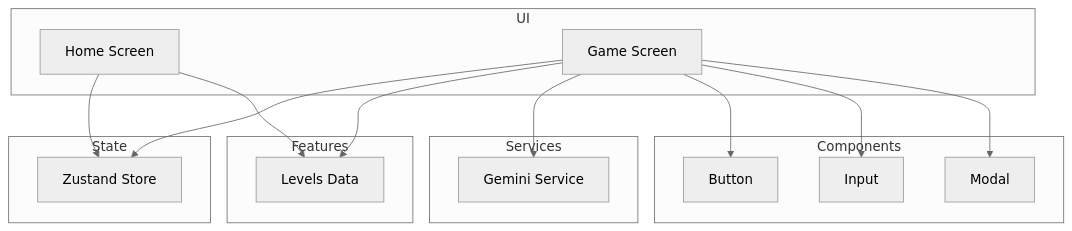
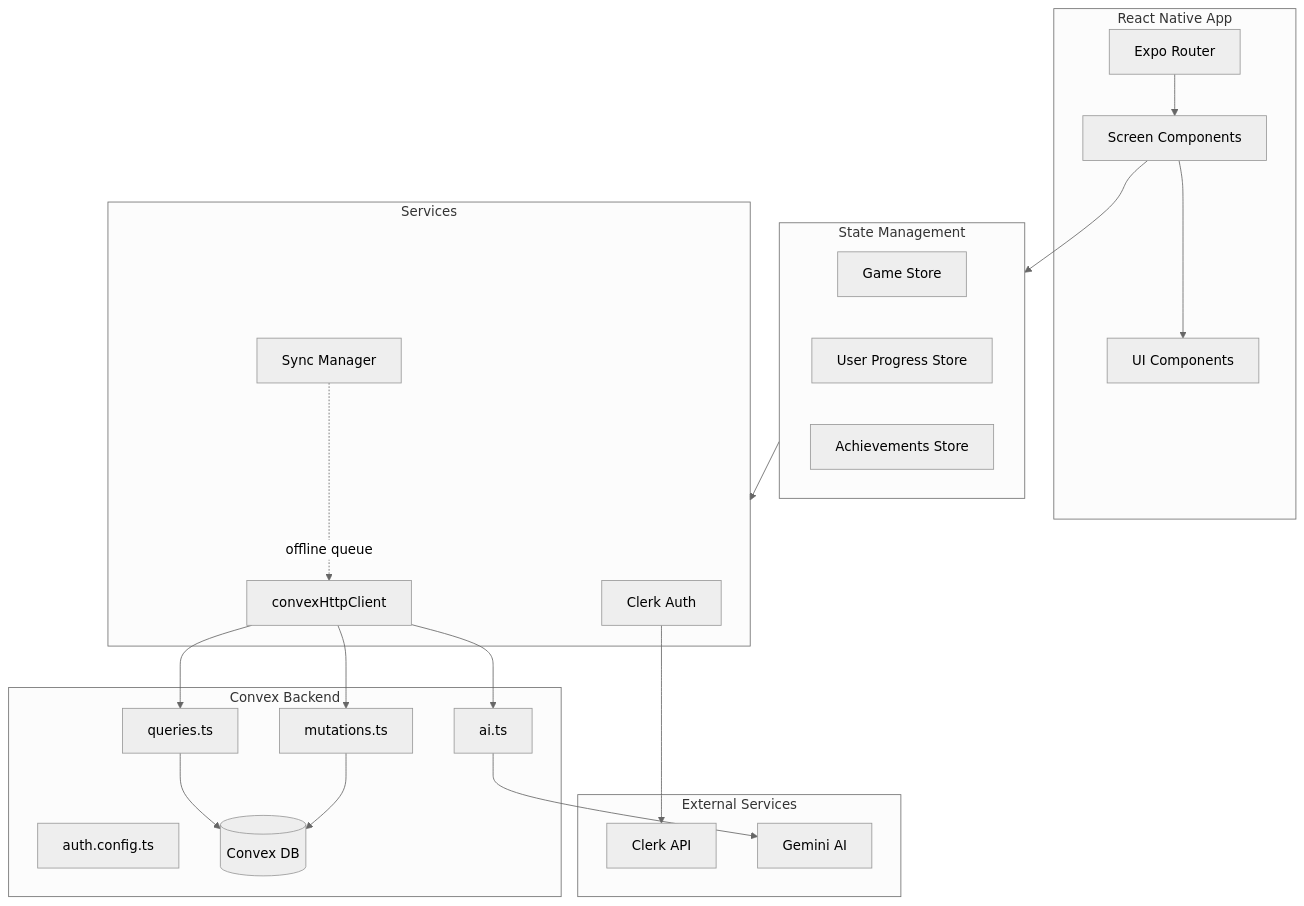
Before and after one commit to mwijanarko1/Prompt-Pal-App: the first of 4 diagrams in docs/CODEBASE_MAP.md, drawn with Mermaid (neutral theme). The commit also changed other lines of this file and 82 other files, not shown here.

````diff
--- a/docs/CODEBASE_MAP.md
+++ b/docs/CODEBASE_MAP.md
@@ -15,34 +22,46 @@
 ```mermaid
 graph TB
-    subgraph UI
-        Home[Home Screen]
-        Game[Game Screen]
+    subgraph Client["React Native App"]
+        Router[Expo Router]
+        UI[UI Components]
+        Screens[Screen Components]
     end
 
-    subgraph State
-        Store[Zustand Store]
+    subgraph State["State Management"]
+        GameStore[Game Store]
+        UserStore[User Progress Store]
+        AchievementsStore[Achievements Store]
     end
 
-    subgraph Features
-        Levels[Levels Data]
+    subgraph Services["Services"]
+        Auth[Clerk Auth]
+        Sync[Sync Manager]
+        Convex[convexHttpClient]
     end
 
-    subgraph Services
-        Gemini[Gemini Service]
+    subgraph Backend["Convex Backend"]
+        Queries[queries.ts]
+        Mutations[mutations.ts]
+        AI[ai.ts]
+        AuthConfig[auth.config.ts]
+        Storage[(Convex DB)]
     end
 
-    subgraph Components
-        Button[Button]
-        Input[Input]
-        Modal[Modal]
+    subgraph External["External Services"]
+        ClerkAPI[Clerk API]
+        Gemini[Gemini AI]
     end
 
-    Home --> Store
-    Home --> Levels
-    Game --> Store
-    Game --> Levels
-    Game --> Gemini
-    Game --> Button
-    Game --> Input
-    Game --> Modal
+    Router --> Screens
+    Screens --> UI
+    Screens --> State
+    State --> Services
+    Auth --> ClerkAPI
+    Convex --> Queries
+    Convex --> Mutations
+    Convex --> AI
+    AI --> Gemini
+    Queries --> Storage
+    Mutations --> Storage
+    Sync -.->|offline queue| Convex
 ```
````
